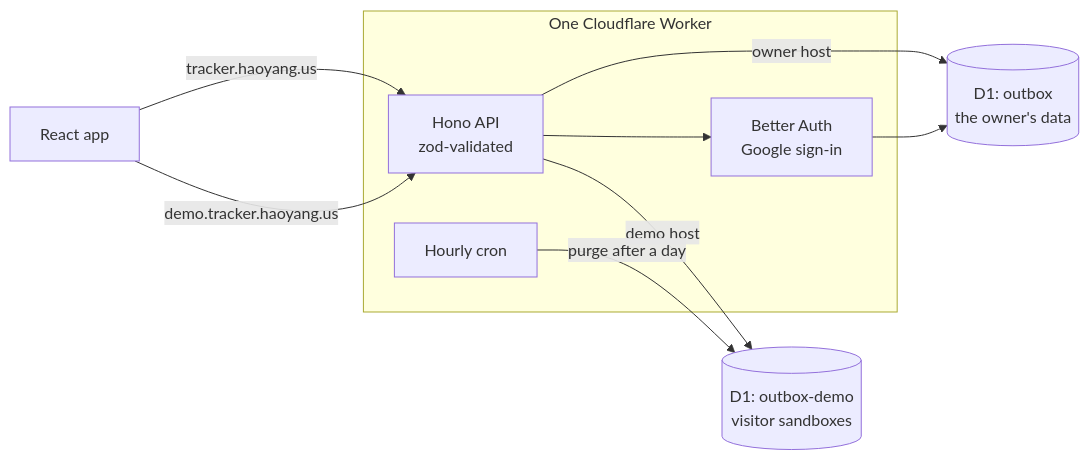
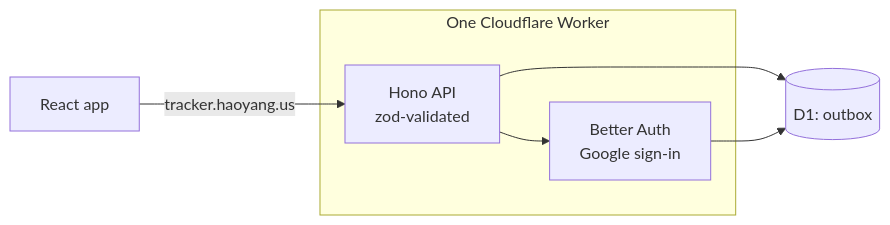
The diagram in README.md (heyemlee/work-tracker), drawn with Mermaid before and after one commit. The commit also changed other lines of this file and 21 other files, not shown here.

````diff
--- a/README.md
+++ b/README.md
@@ -33,19 +31,14 @@
 ```mermaid
 flowchart LR
   app["React app"]
   subgraph worker["One Cloudflare Worker"]
     api["Hono API<br/>zod-validated"]
     auth["Better Auth<br/>Google sign-in"]
-    cron["Hourly cron"]
   end
-  owner[("D1: outbox<br/>the owner's data")]
-  demo[("D1: outbox-demo<br/>visitor sandboxes")]
+  db[("D1: outbox")]
 
   app -- "tracker.haoyang.us" --> api
-  app -- "demo.tracker.haoyang.us" --> api
   api --> auth
-  api -- "owner host" --> owner
-  auth --> owner
-  api -- "demo host" --> demo
-  cron -- "purge after a day" --> demo
+  api --> db
+  auth --> db
 ```
````
